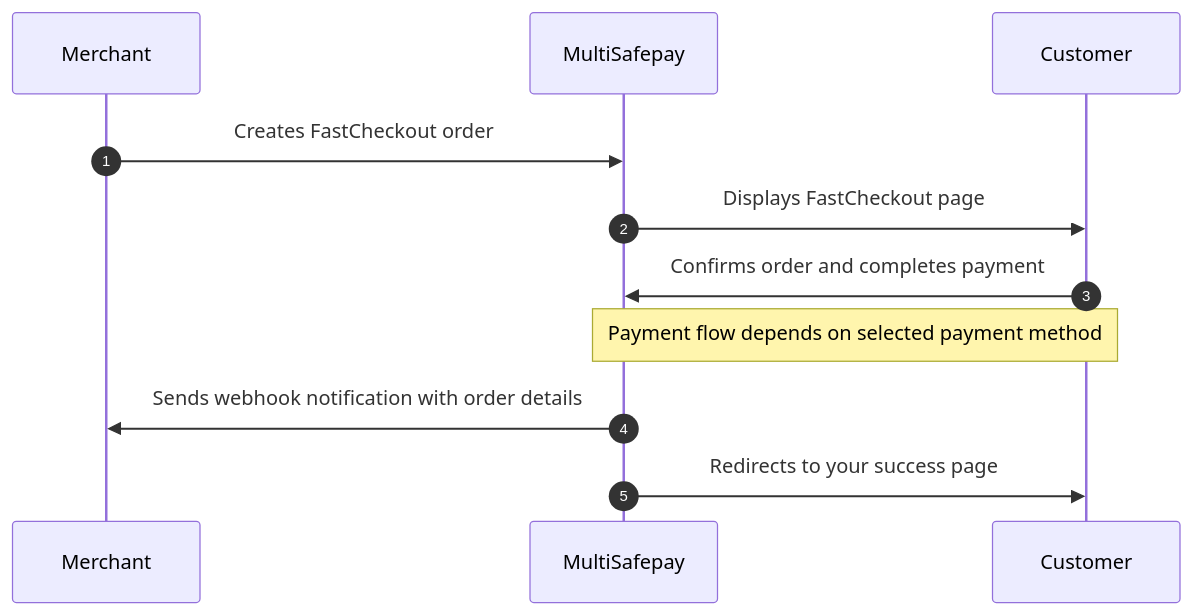
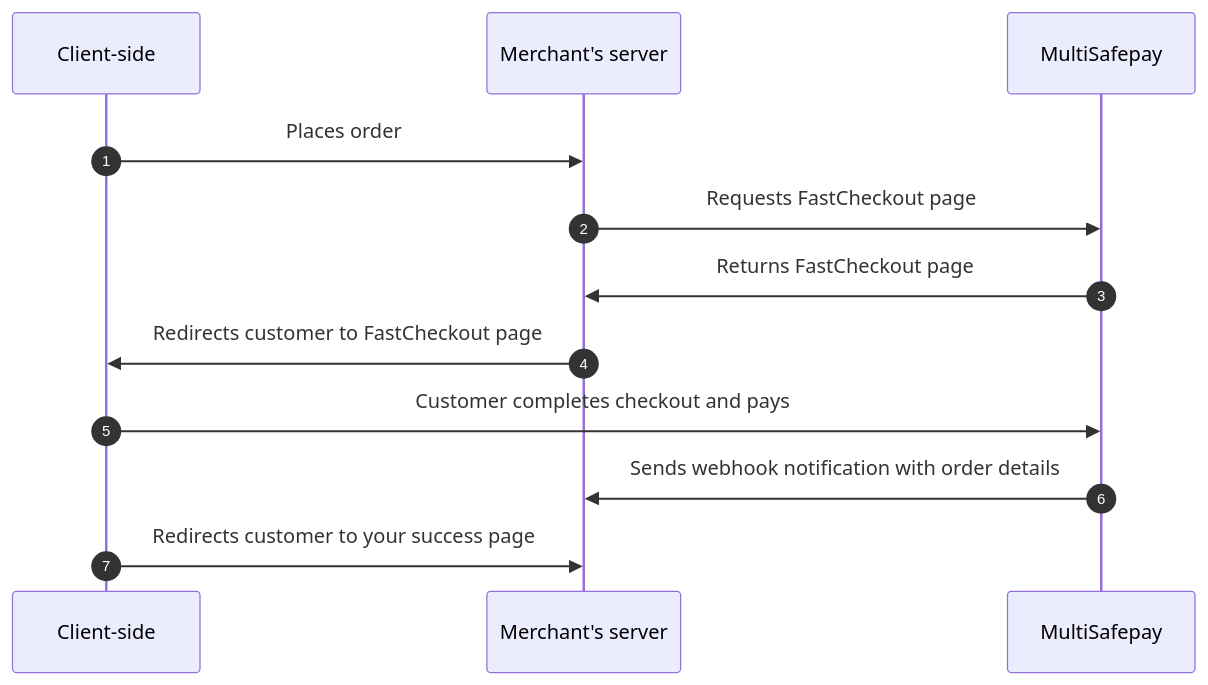
The diagram in static/diagrams/src/fastcheckout.mmd (MultiSafepay/docs), drawn with Mermaid before and after one commit. The commit also changed 4 other files, not shown here.

Commit message:
DOCS-3539: Add sequence diagrams for integrations

```diff
--- a/static/diagrams/src/fastcheckout.mmd
+++ b/static/diagrams/src/fastcheckout.mmd
@@ -1,12 +1,13 @@
 sequenceDiagram
     autonumber
-    participant Me as Merchant
+    participant C as Client-side
+    participant Me as Merchant's server
     participant Mu as MultiSafepay
-    participant C as Customer
 
-    Me->>Mu: Creates FastCheckout order
-    Mu->>C: Displays FastCheckout page
-    C->>Mu: Confirms order and completes payment
-    Note over C,Mu: Payment flow depends on selected payment method
+    C->>Me: Places order
+    Me->>Mu: Requests FastCheckout page
+    Mu->>Me: Returns FastCheckout page
+    Me->>C: Redirects customer to FastCheckout page
+    C->>Mu: Customer completes checkout and pays
     Mu->>Me: Sends webhook notification with order details
-    Mu->>C: Redirects to your success page
+    C->>Me: Redirects customer to your success page
```
